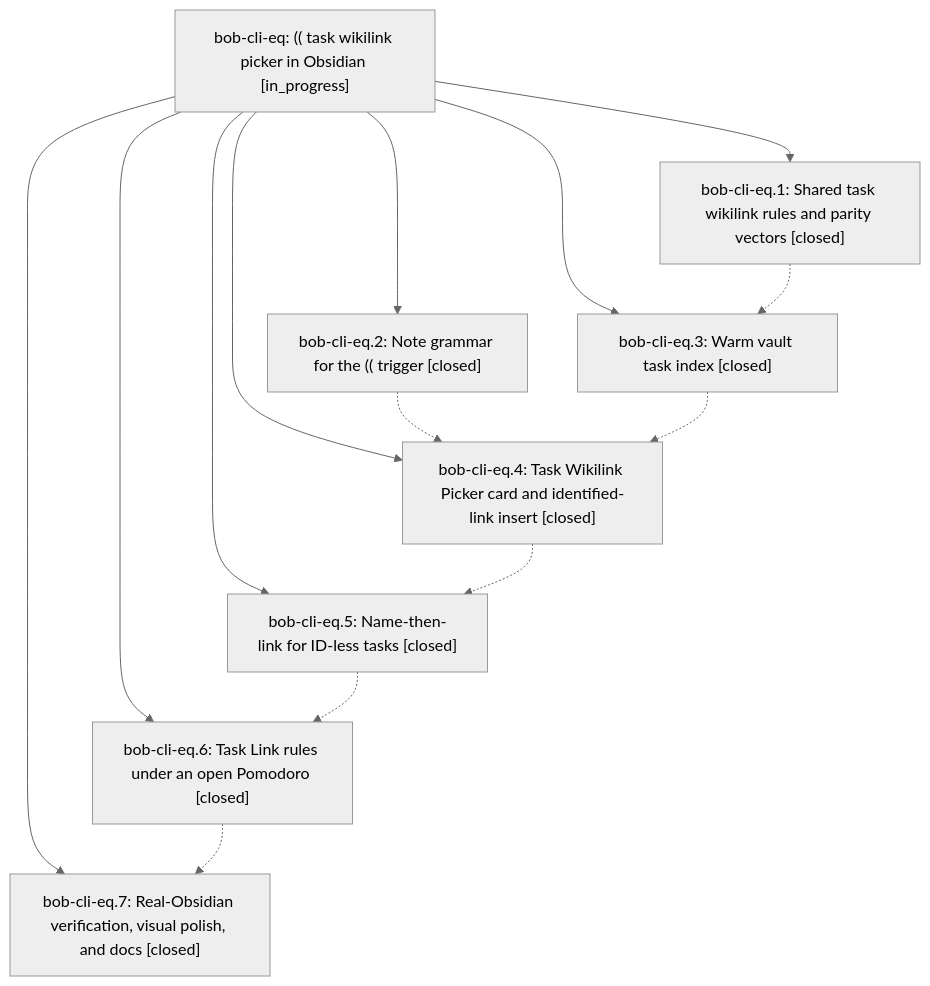
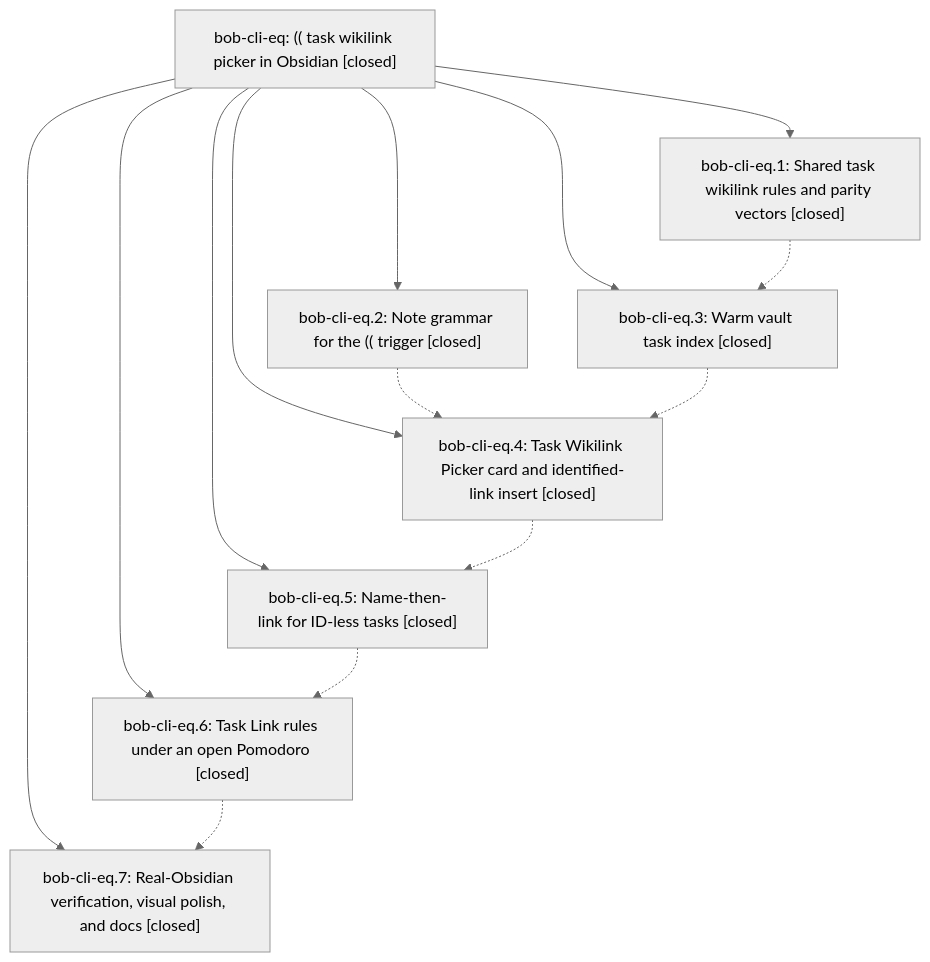
The diagram in pages/bob-cli-eq/README.md (bobs-org/bob-cli--beads), drawn with Mermaid (neutral theme) before and after one commit. The commit also changed other lines of this file and 1 other file, not shown here.

First line of the commit message:
chore(beads): sync bead state and pages for bob-cli-eq

````diff
--- a/pages/bob-cli-eq/README.md
+++ b/pages/bob-cli-eq/README.md
@@ -48,24 +76,24 @@
 ```mermaid
 flowchart TD
-    n0["bob-cli-eq: (( task wikilink picker in Obsidian [in_progress]"]
+    n0["bob-cli-eq: (( task wikilink picker in Obsidian [closed]"]
     n1["bob-cli-eq.1: Shared task wikilink rules and parity vectors [closed]"]
     n2["bob-cli-eq.2: Note grammar for the (( trigger [closed]"]
     n3["bob-cli-eq.3: Warm vault task index [closed]"]
     n4["bob-cli-eq.4: Task Wikilink Picker card and identified-link insert [closed]"]
     n5["bob-cli-eq.5: Name-then-link for ID-less tasks [closed]"]
     n6["bob-cli-eq.6: Task Link rules under an open Pomodoro [closed]"]
     n7["bob-cli-eq.7: Real-Obsidian verification, visual polish, and docs [closed]"]
     n0 --> n1
     n0 --> n2
     n0 --> n3
     n0 --> n4
     n0 --> n5
     n0 --> n6
     n0 --> n7
     n1 -.-> n3
     n2 -.-> n4
     n3 -.-> n4
     n4 -.-> n5
     n5 -.-> n6
     n6 -.-> n7
 ```
````
